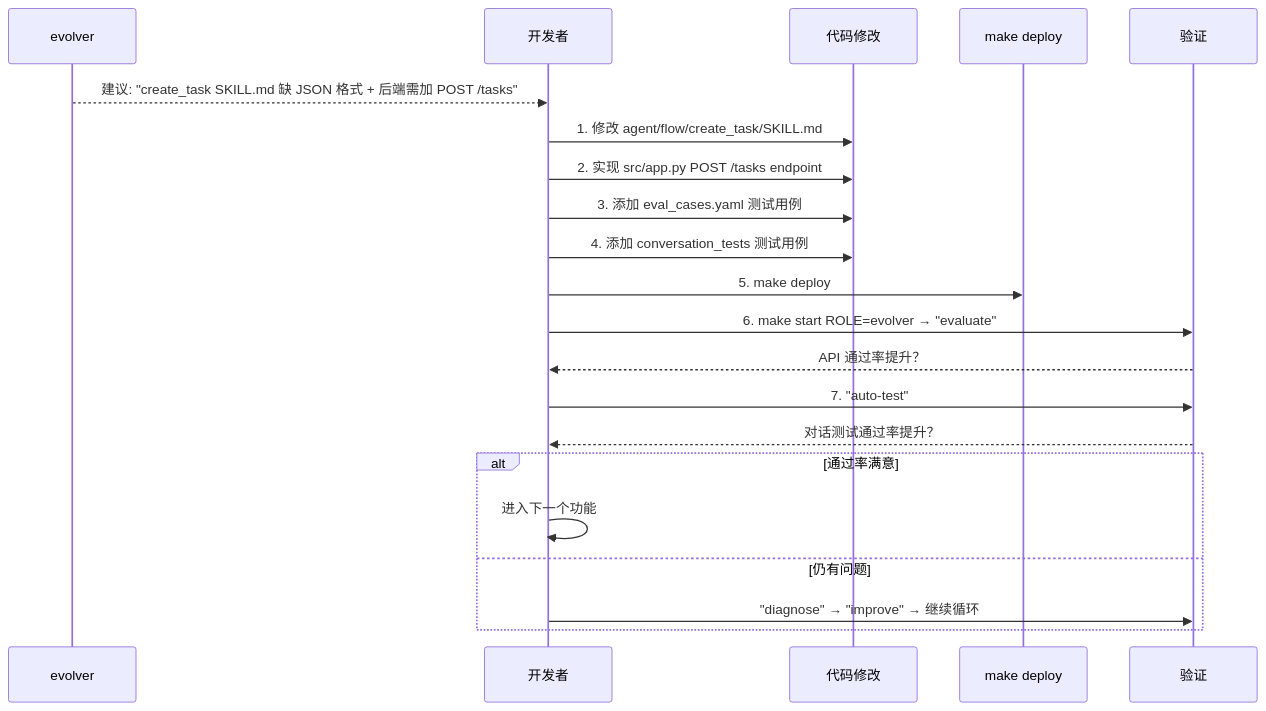
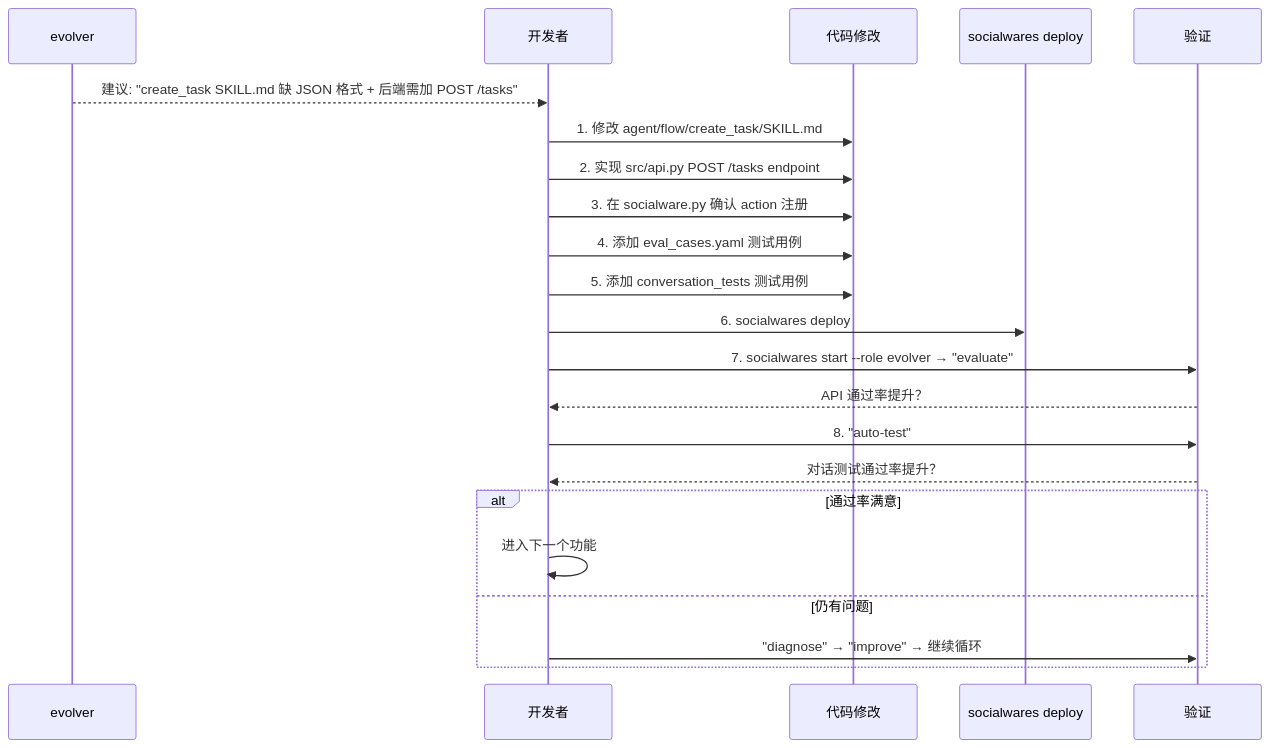
Before and after one commit to ezagent42/Socialwares: the fourth of 4 diagrams in docs/guides/006-dev-guide.md, drawn with Mermaid. The commit also changed other lines of this file and 77 other files, not shown here.

````diff
--- a/docs/guides/006-dev-guide.md
+++ b/docs/guides/006-dev-guide.md
@@ -173,24 +180,25 @@
 ```mermaid
 sequenceDiagram
     participant Evolver as evolver
     participant Dev as 开发者
     participant Code as 代码修改
-    participant Deploy as make deploy
+    participant Deploy as socialwares deploy
     participant Verify as 验证
 
     Evolver-->>Dev: 建议: "create_task SKILL.md 缺 JSON 格式 + 后端需加 POST /tasks"
     Dev->>Code: 1. 修改 agent/flow/create_task/SKILL.md
-    Dev->>Code: 2. 实现 src/app.py POST /tasks endpoint
-    Dev->>Code: 3. 添加 eval_cases.yaml 测试用例
-    Dev->>Code: 4. 添加 conversation_tests 测试用例
-    Dev->>Deploy: 5. make deploy
-    Dev->>Verify: 6. make start ROLE=evolver → "evaluate"
+    Dev->>Code: 2. 实现 src/api.py POST /tasks endpoint
+    Dev->>Code: 3. 在 socialware.py 确认 action 注册
+    Dev->>Code: 4. 添加 eval_cases.yaml 测试用例
+    Dev->>Code: 5. 添加 conversation_tests 测试用例
+    Dev->>Deploy: 6. socialwares deploy
+    Dev->>Verify: 7. socialwares start --role evolver → "evaluate"
     Verify-->>Dev: API 通过率提升？
-    Dev->>Verify: 7. "auto-test"
+    Dev->>Verify: 8. "auto-test"
     Verify-->>Dev: 对话测试通过率提升？
     alt 通过率满意
         Dev->>Dev: 进入下一个功能
     else 仍有问题
         Dev->>Verify: "diagnose" → "improve" → 继续循环
     end
 ```
````
